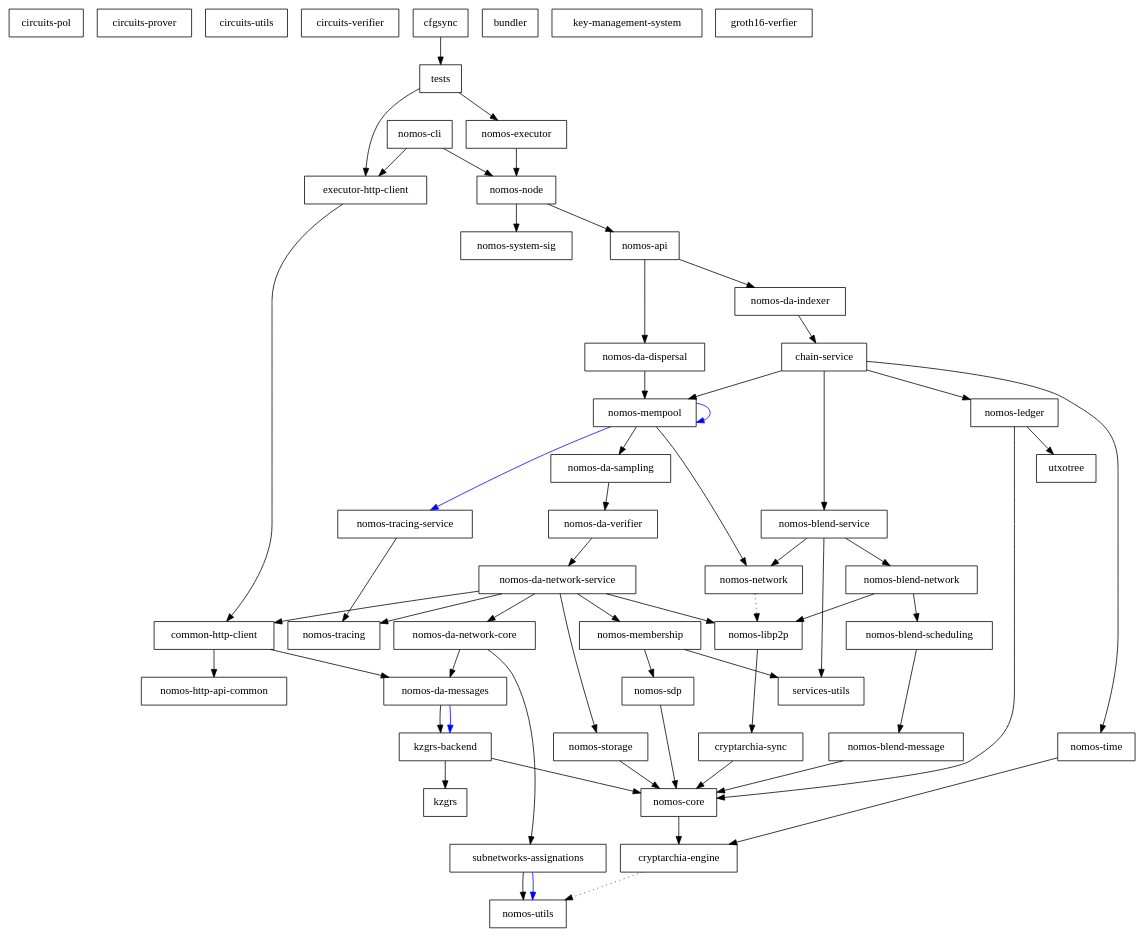
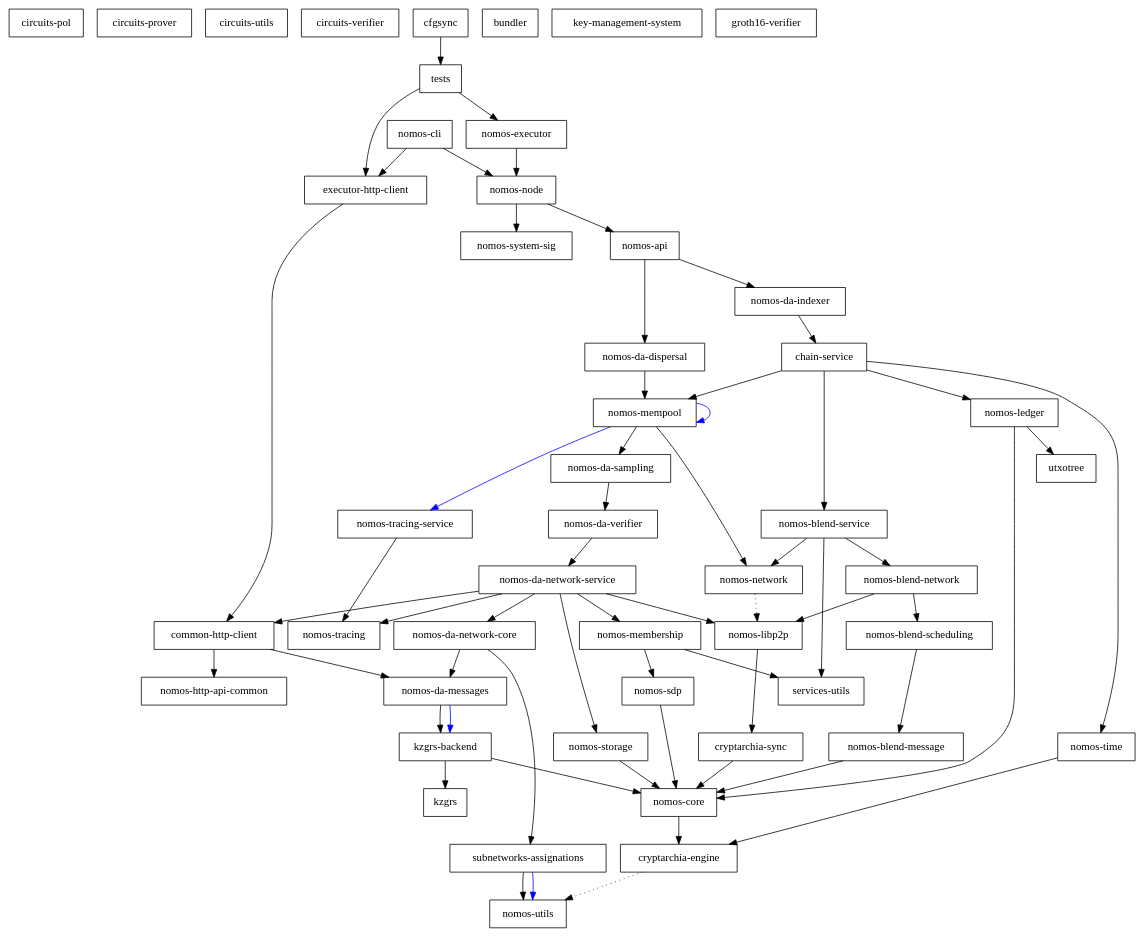
One commit to logos-co/nomos changed the diagram in dependencies_graph.dot. Above: the diagram before and after it, drawn with Graphviz.

Commit message:
Dep graph again

```diff
--- a/dependencies_graph.dot
+++ b/dependencies_graph.dot
@@ -1,109 +1,109 @@
 digraph {
     0 [ label = "circuits-pol" shape = box]
     1 [ label = "circuits-prover" shape = box]
     2 [ label = "circuits-utils" shape = box]
     3 [ label = "circuits-verifier" shape = box]
     4 [ label = "cryptarchia-engine" shape = box]
     5 [ label = "nomos-utils" shape = box]
     6 [ label = "cryptarchia-sync" shape = box]
     7 [ label = "nomos-core" shape = box]
     8 [ label = "nomos-ledger" shape = box]
     9 [ label = "utxotree" shape = box]
     10 [ label = "nomos-http-api-common" shape = box]
     11 [ label = "nomos-executor" shape = box]
     12 [ label = "kzgrs-backend" shape = box]
     13 [ label = "kzgrs" shape = box]
     14 [ label = "nomos-api" shape = box]
     15 [ label = "chain-service" shape = box]
     16 [ label = "nomos-blend-service" shape = box]
     17 [ label = "nomos-blend-message" shape = box]
     18 [ label = "nomos-blend-network" shape = box]
     19 [ label = "nomos-blend-scheduling" shape = box]
     20 [ label = "nomos-libp2p" shape = box]
     21 [ label = "nomos-network" shape = box]
     22 [ label = "services-utils" shape = box]
     23 [ label = "nomos-da-sampling" shape = box]
     24 [ label = "nomos-da-network-core" shape = box]
     25 [ label = "nomos-da-messages" shape = box]
     26 [ label = "subnetworks-assignations" shape = box]
     27 [ label = "nomos-da-network-service" shape = box]
     28 [ label = "common-http-client" shape = box]
     29 [ label = "nomos-membership" shape = box]
     30 [ label = "nomos-sdp" shape = box]
     31 [ label = "nomos-storage" shape = box]
     32 [ label = "nomos-tracing" shape = box]
     33 [ label = "nomos-da-verifier" shape = box]
     34 [ label = "nomos-mempool" shape = box]
     35 [ label = "nomos-tracing-service" shape = box]
     36 [ label = "nomos-time" shape = box]
     37 [ label = "nomos-da-dispersal" shape = box]
     38 [ label = "nomos-da-indexer" shape = box]
     39 [ label = "nomos-node" shape = box]
     40 [ label = "nomos-system-sig" shape = box]
     41 [ label = "executor-http-client" shape = box]
     42 [ label = "bundler" shape = box]
     43 [ label = "nomos-cli" shape = box]
     44 [ label = "key-management-system" shape = box]
     45 [ label = "cfgsync" shape = box]
     46 [ label = "tests" shape = box]
-    47 [ label = "groth16-verfier" shape = box]
+    47 [ label = "groth16-verifier" shape = box]
     4 -> 5 [ style = dotted]
     6 -> 7 [ ]
     7 -> 4 [ ]
     8 -> 7 [ ]
     8 -> 9 [ ]
     11 -> 39 [ ]
     12 -> 13 [ ]
     12 -> 7 [ ]
     14 -> 37 [ ]
     14 -> 38 [ ]
     15 -> 16 [ ]
     15 -> 8 [ ]
     15 -> 34 [ ]
     15 -> 36 [ ]
     16 -> 18 [ ]
     16 -> 21 [ ]
     16 -> 22 [ ]
     17 -> 7 [ ]
     18 -> 19 [ ]
     18 -> 20 [ ]
     19 -> 17 [ ]
     20 -> 6 [ ]
     21 -> 20 [ style = dotted]
     23 -> 33 [ ]
     24 -> 25 [ ]
     24 -> 26 [ ]
     25 -> 12 [ ]
     25 -> 12 [ color = blue]
     26 -> 5 [ ]
     26 -> 5 [ color = blue]
     27 -> 28 [ ]
     27 -> 24 [ ]
     27 -> 20 [ ]
     27 -> 29 [ ]
     27 -> 31 [ ]
     27 -> 32 [ ]
     28 -> 25 [ ]
     28 -> 10 [ ]
     29 -> 30 [ ]
     29 -> 22 [ ]
     30 -> 7 [ ]
     31 -> 7 [ ]
     33 -> 27 [ ]
     34 -> 23 [ ]
     34 -> 34 [ color = blue]
     34 -> 21 [ ]
     34 -> 35 [ color = blue]
     35 -> 32 [ ]
     36 -> 4 [ ]
     37 -> 34 [ ]
     38 -> 15 [ ]
     39 -> 14 [ ]
     39 -> 40 [ ]
     41 -> 28 [ ]
     43 -> 41 [ ]
     43 -> 39 [ ]
     45 -> 46 [ ]
     46 -> 41 [ ]
     46 -> 11 [ ]
 }
```
